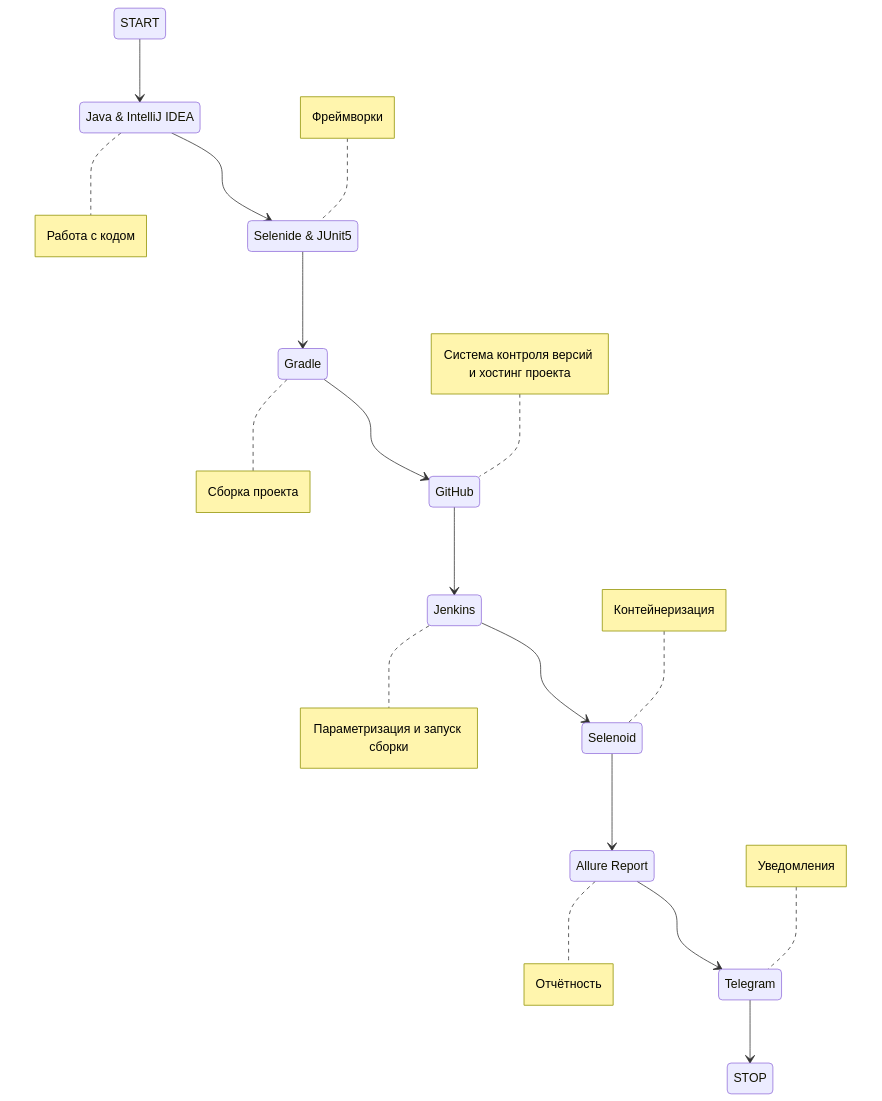
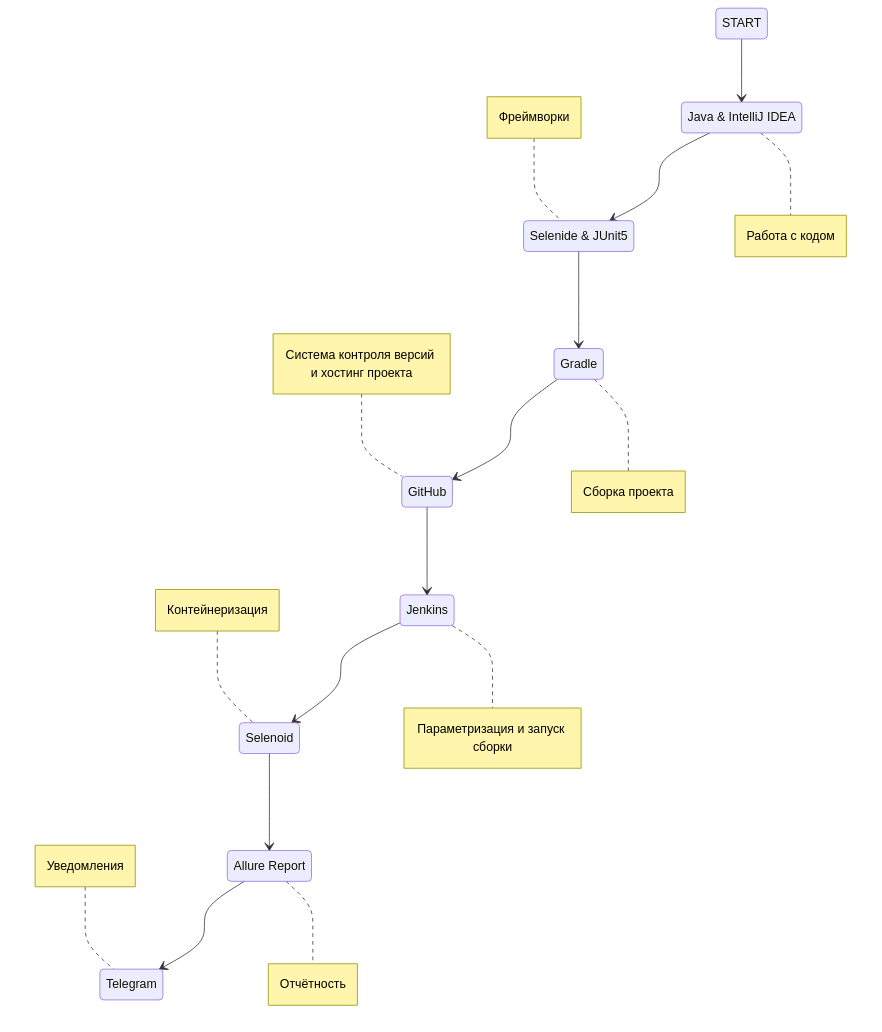
The diagram in README.md (AGordey/Diplom_Mobile_Test_Part_3), drawn with Mermaid before and after one commit.

Commit message:
Diplom part 3 Mobile

````diff
--- a/README.md
+++ b/README.md
@@ -29,30 +29,28 @@
 ```mermaid        
     stateDiagram-v2
         State1: START
         State2: Java & IntelliJ IDEA
         State3: Selenide & JUnit5
         State4: Gradle
         State5: GitHub
         State6: Jenkins
         State7: Selenoid
         State8: Allure Report
         State9: Telegram
-        State10: STOP
         State1 --> State2
         State2 --> State3
         State3 --> State4
         State4 --> State5
         State5 --> State6
         State6 --> State7
         State7 --> State8
         State8 --> State9
-        State9 --> State10
         note right of State2 : Работа с кодом
         note left of State3 : Фреймворки
         note right of State4 : Сборка проекта
         note left of State5 : Система контроля версий и хостинг проекта
         note right of State6 : Параметризация и запуск сборки
         note left of State7 : Контейнеризация
         note right of State8 : Отчётность
         note left of State9 : Уведомления
 ```
````
